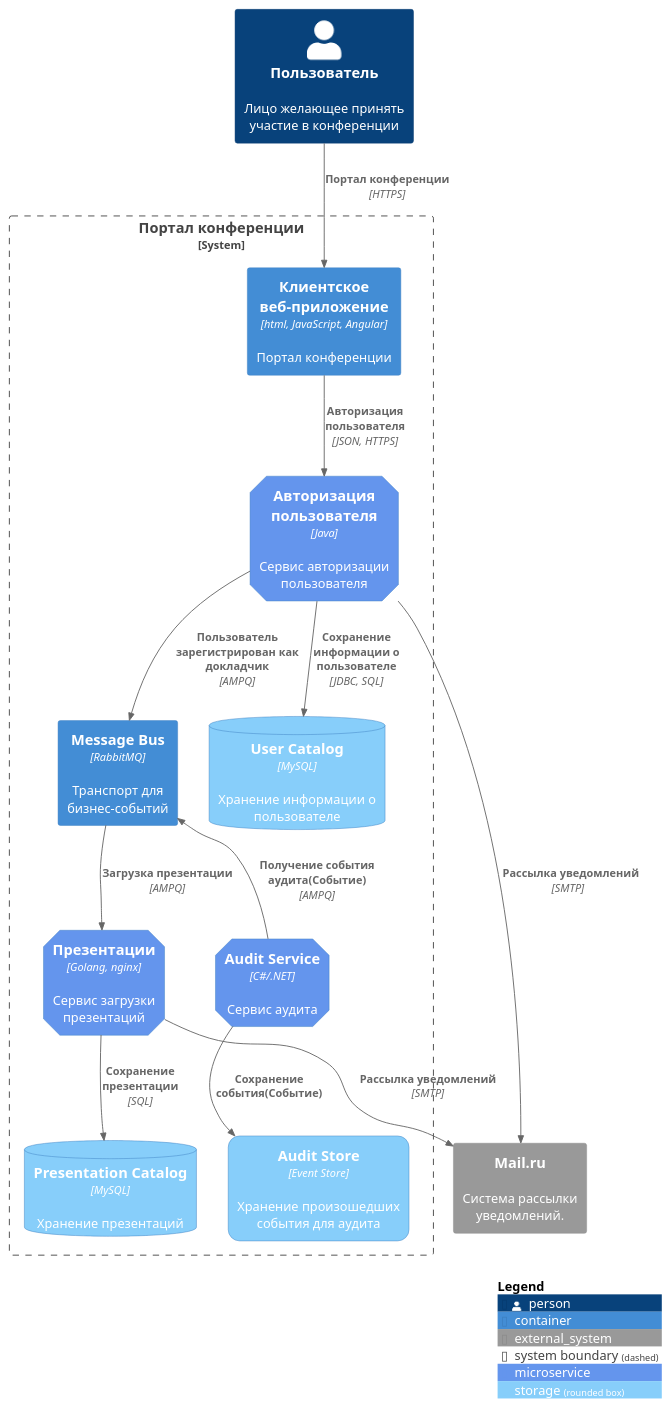
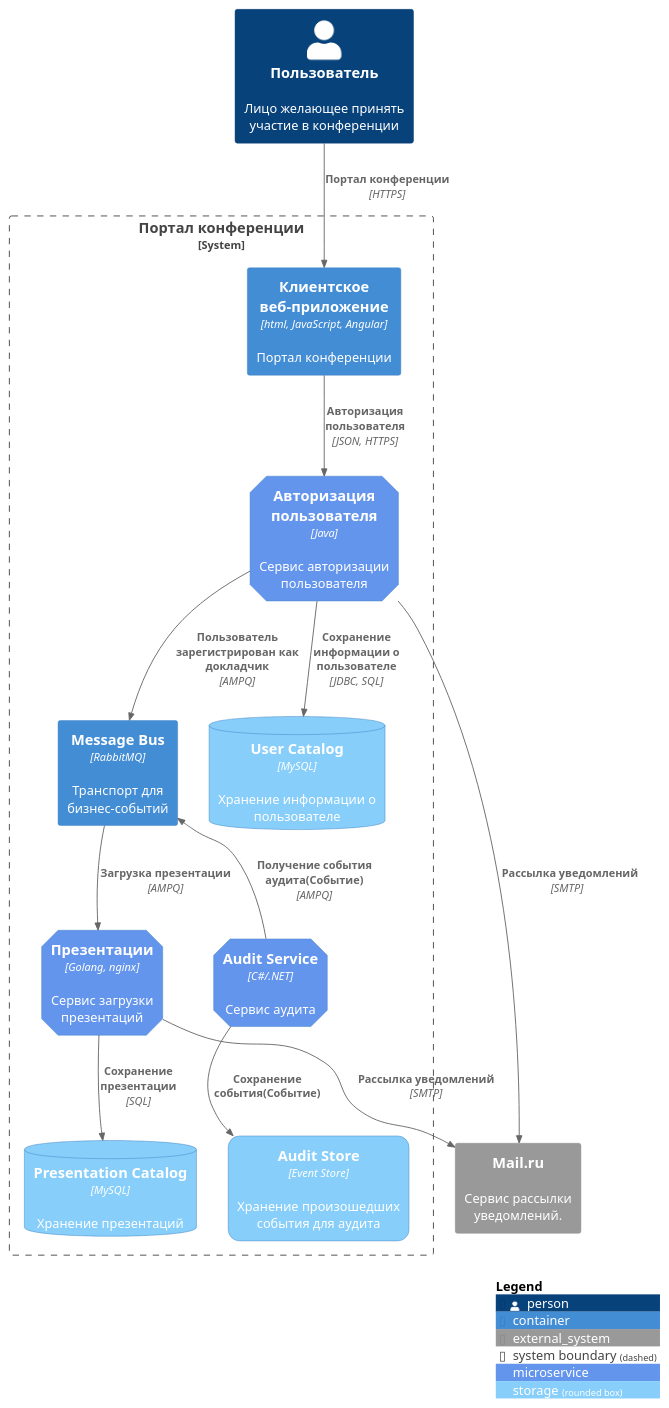
Before and after one commit to LenokGl/school: the diagram in docs/components/components.md, drawn with PlantUML. The commit also changed other lines of this file and 2 other files, not shown here.

````diff
--- a/docs/components/components.md
+++ b/docs/components/components.md
@@ -8,46 +8,46 @@
 ```plantuml
 @startuml
 !include https://raw.githubusercontent.com/plantuml-stdlib/C4-PlantUML/master/C4_Container.puml
 
 AddElementTag("microService", $shape=EightSidedShape(), $bgColor="CornflowerBlue", $fontColor="white", $legendText="microservice")
 AddElementTag("storage", $shape=RoundedBoxShape(), $bgColor="lightSkyBlue", $fontColor="white")
 
 Person(customer, "Пользователь", "Лицо желающее принять участие в конференции")
 
 System_Boundary(c, "Портал конференции") {
    Container(app, "Клиентское веб-приложение", "html, JavaScript, Angular", "Портал конференции")
    Container(autorization_service, "Авторизация пользователя", "Java", "Сервис авторизации пользователя", $tags = "microService")      
    ContainerDb(user_db, "User Catalog", "MySQL", "Хранение информации о пользователе", $tags = "storage")
    
    Container(presentation_service, "Презентации", "Golang, nginx", "Сервис загрузки презентаций", $tags = "microService")      
    ContainerDb(presentation_db, "Presentation Catalog", "MySQL", "Хранение презентаций", $tags = "storage")
     
    Container(message_bus, "Message Bus", "RabbitMQ", "Транспорт для бизнес-событий")
    Container(audit_service, "Audit Service", "C#/.NET", "Сервис аудита", $tags = "microService")      
    Container(audit_store, "Audit Store", "Event Store", "Хранение произошедших события для аудита", $tags = "storage")
 }
 
-System_Ext(e_mail_system, "Mail.ru", "Система рассылки уведомлений.")  
+System_Ext(e_mail_system, "Mail.ru", "Сервис рассылки уведомлений.")  
 
 Lay_R(autorization_service, presentation_service)
 Lay_R(autorization_service, e_mail_system)
 Lay_D(autorization_service, audit_service)
 
 Rel(customer, app, "Портал конференции", "HTTPS")
 Rel(app, autorization_service, "Авторизация пользователя", "JSON, HTTPS")
 
 Rel(message_bus, presentation_service, "Загрузка презентации", "AMPQ")
 Rel(autorization_service, user_db, "Сохранение информации о пользователе", "JDBC, SQL")
 
 Rel(autorization_service, message_bus, "Пользователь зарегистрирован как докладчик", "AMPQ")
 Rel_U(audit_service, message_bus, "Получение события аудита(Событие)", "AMPQ")
 
 Rel(presentation_service, presentation_db, "Сохранение презентации", "SQL")
 Rel(audit_service, audit_store, "Сохранение события(Событие)")
 
 Rel(presentation_service, e_mail_system, "Рассылка уведомлений", "SMTP")
 Rel(autorization_service, e_mail_system, "Рассылка уведомлений", "SMTP")  
 
 SHOW_LEGEND()
 @enduml
 ```
````
